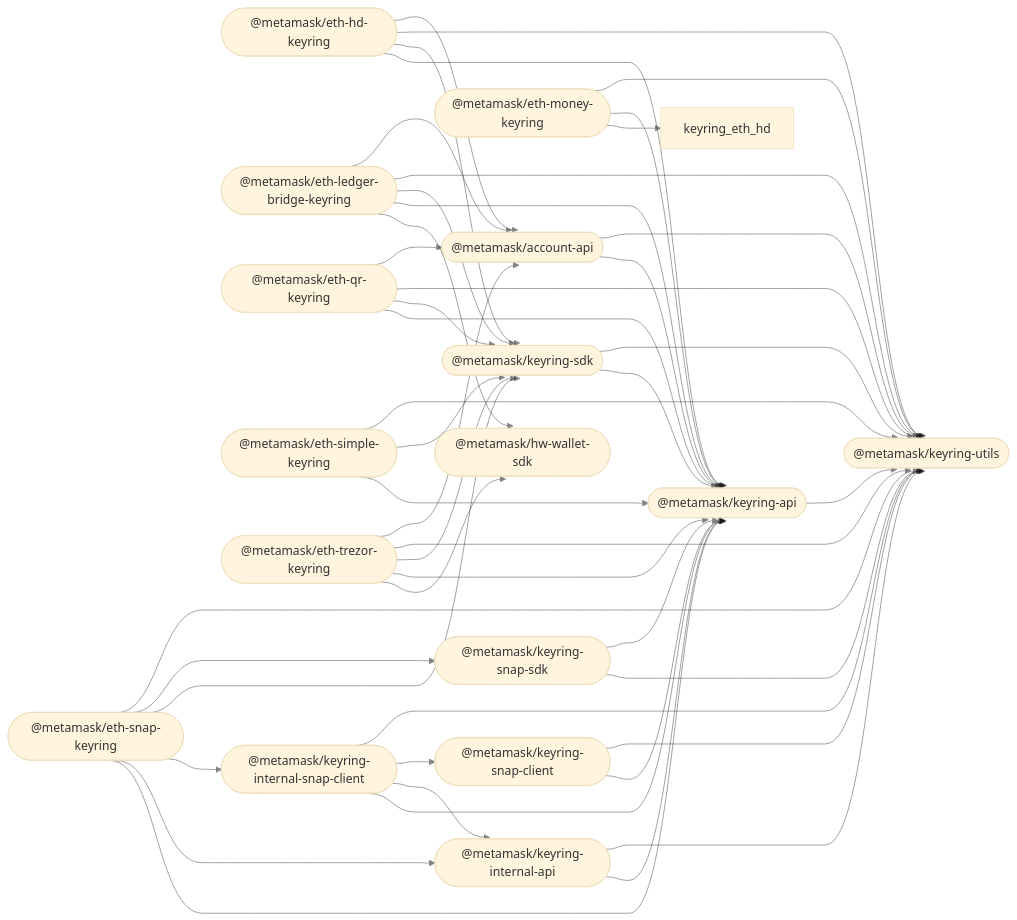
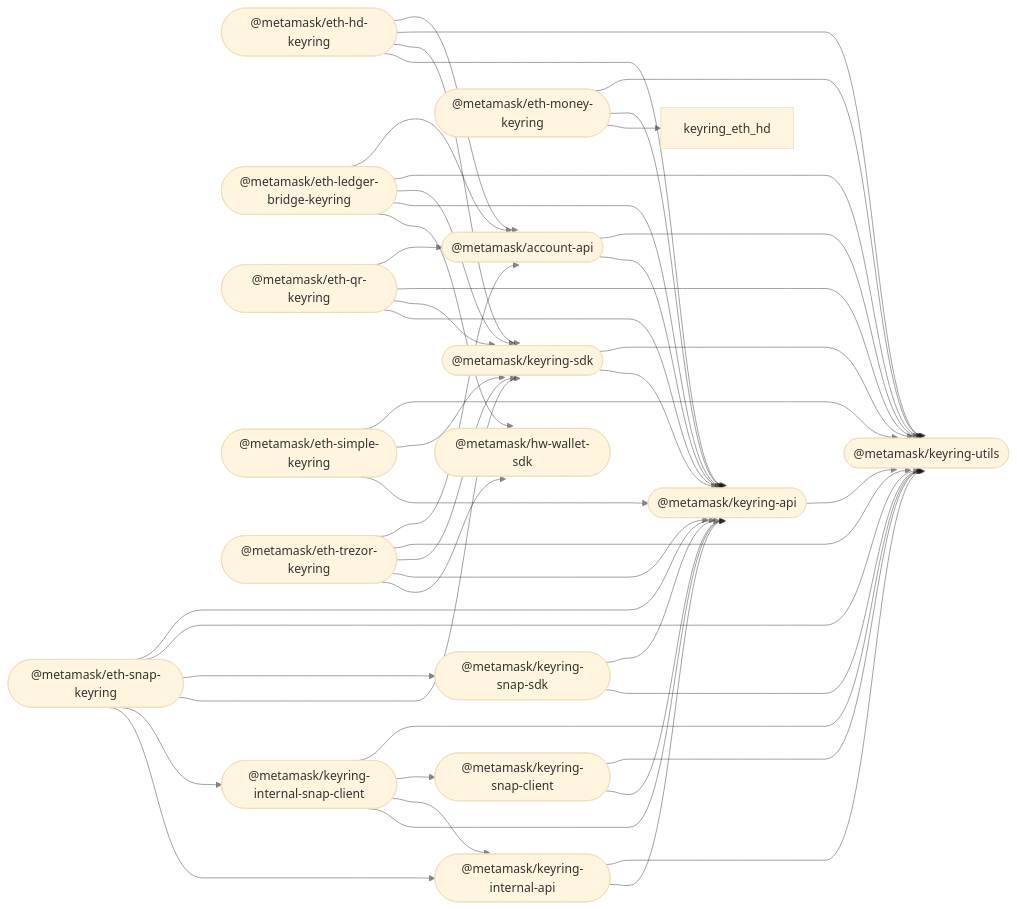
One commit to MetaMask/accounts changed the diagram in README.md. Above: the diagram before and after it, drawn with Mermaid (base theme). The commit also changed other lines of this file, not shown here.

````diff
--- a/README.md
+++ b/README.md
@@ -38,66 +38,66 @@
 ```mermaid
 %%{ init: { 'flowchart': { 'curve': 'bumpX' } } }%%
 graph LR;
 linkStyle default opacity:0.5
   account_api(["@metamask/account-api"]);
   hw_wallet_sdk(["@metamask/hw-wallet-sdk"]);
   keyring_api(["@metamask/keyring-api"]);
   eth_hd_keyring(["@metamask/eth-hd-keyring"]);
   eth_ledger_bridge_keyring(["@metamask/eth-ledger-bridge-keyring"]);
   eth_money_keyring(["@metamask/eth-money-keyring"]);
   eth_qr_keyring(["@metamask/eth-qr-keyring"]);
   eth_simple_keyring(["@metamask/eth-simple-keyring"]);
   eth_trezor_keyring(["@metamask/eth-trezor-keyring"]);
   keyring_internal_api(["@metamask/keyring-internal-api"]);
   keyring_internal_snap_client(["@metamask/keyring-internal-snap-client"]);
   keyring_sdk(["@metamask/keyring-sdk"]);
   eth_snap_keyring(["@metamask/eth-snap-keyring"]);
   keyring_snap_client(["@metamask/keyring-snap-client"]);
   keyring_snap_sdk(["@metamask/keyring-snap-sdk"]);
   keyring_utils(["@metamask/keyring-utils"]);
   account_api --> keyring_api;
   account_api --> keyring_utils;
   keyring_api --> keyring_utils;
   eth_hd_keyring --> keyring_api;
   eth_hd_keyring --> keyring_sdk;
   eth_hd_keyring --> keyring_utils;
   eth_hd_keyring --> account_api;
   eth_ledger_bridge_keyring --> hw_wallet_sdk;
   eth_ledger_bridge_keyring --> keyring_api;
   eth_ledger_bridge_keyring --> keyring_sdk;
   eth_ledger_bridge_keyring --> keyring_utils;
   eth_ledger_bridge_keyring --> account_api;
   eth_money_keyring --> keyring_eth_hd;
   eth_money_keyring --> keyring_api;
   eth_money_keyring --> keyring_utils;
   eth_qr_keyring --> keyring_api;
   eth_qr_keyring --> keyring_sdk;
   eth_qr_keyring --> keyring_utils;
   eth_qr_keyring --> account_api;
   eth_simple_keyring --> keyring_api;
   eth_simple_keyring --> keyring_sdk;
   eth_simple_keyring --> keyring_utils;
   eth_trezor_keyring --> hw_wallet_sdk;
   eth_trezor_keyring --> keyring_api;
   eth_trezor_keyring --> keyring_sdk;
   eth_trezor_keyring --> keyring_utils;
   eth_trezor_keyring --> account_api;
   keyring_internal_api --> keyring_api;
   keyring_internal_api --> keyring_utils;
   keyring_internal_snap_client --> keyring_api;
   keyring_internal_snap_client --> keyring_internal_api;
   keyring_internal_snap_client --> keyring_snap_client;
   keyring_internal_snap_client --> keyring_utils;
   keyring_sdk --> keyring_api;
   keyring_sdk --> keyring_utils;
-  eth_snap_keyring --> keyring_api;
   eth_snap_keyring --> keyring_internal_api;
   eth_snap_keyring --> keyring_internal_snap_client;
   eth_snap_keyring --> keyring_sdk;
   eth_snap_keyring --> keyring_snap_sdk;
   eth_snap_keyring --> keyring_utils;
+  eth_snap_keyring --> keyring_api;
   keyring_snap_client --> keyring_api;
   keyring_snap_client --> keyring_utils;
   keyring_snap_sdk --> keyring_utils;
   keyring_snap_sdk --> keyring_api;
 ```
````
